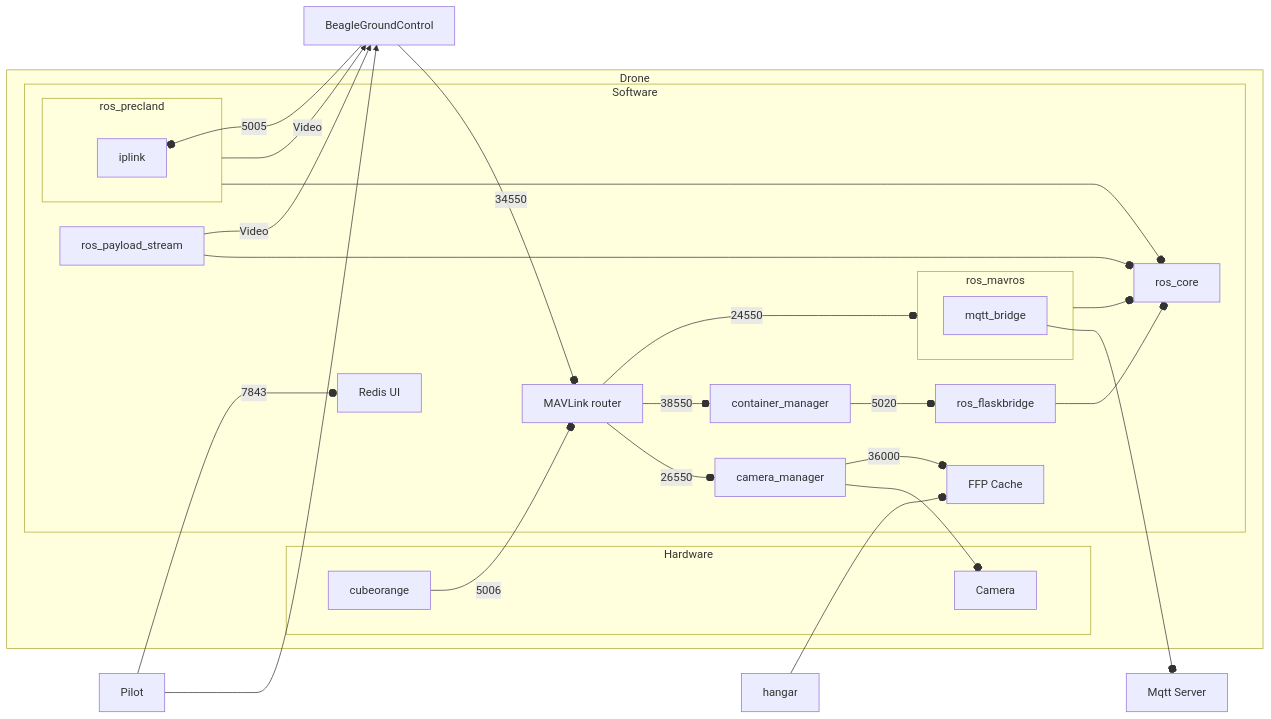
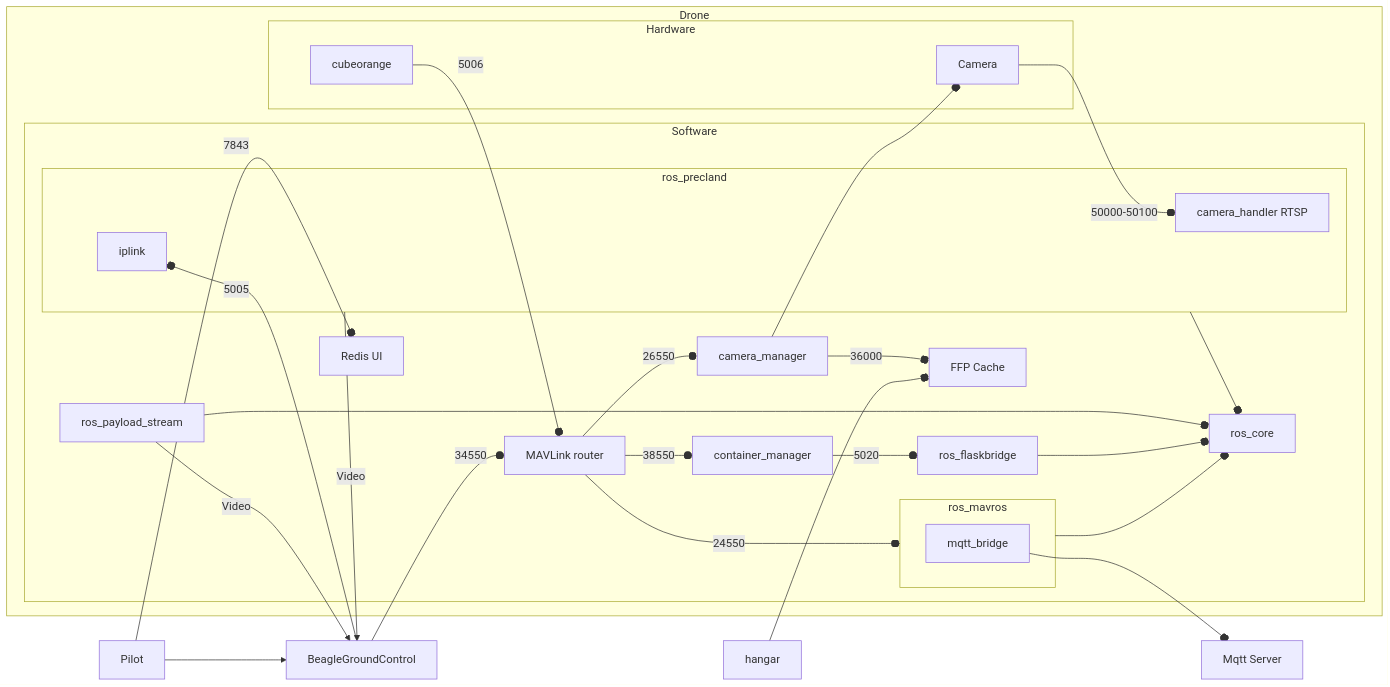
One commit to coccobas/DocuConversionNotion changed the diagram in source/drones/ports.mmd. Above: the diagram before and after it, drawn with Mermaid.

Commit message:
added rtsp port range

```diff
--- a/source/drones/ports.mmd
+++ b/source/drones/ports.mmd
@@ -1,41 +1,43 @@
 graph LR
     hangar
     mqtt[Mqtt Server]
     subgraph Drone
         subgraph Hardware
             camera[Camera]
             cube[cubeorange]
         end
         subgraph Software
             ffp[FFP Cache]
             redis_ui[Redis UI]
             router[MAVLink router]
             router -- 26550 --o camera_manager
             cube -- 5006 --o router
             router -- 24550 --o ros_mavros
             router -- 38550 --o container_manager
             container_manager -- 5020 --o ros_flaskbridge
             subgraph ros_precland
                 iplink[iplink]
+                camera_handler[camera_handler RTSP]
             end
             ros_precland --o ros_core
             ros_payload_stream --o ros_core
             ros_flaskbridge --o ros_core
             subgraph ros_mavros
                 mqtt_bridge
             end
             ros_mavros --o ros_core
             camera_manager --o camera
             camera_manager -- 36000 --o ffp
         end
     end
     bgc[BeagleGroundControl]
     bgc -- 34550 --o router
     bgc -- 5005 --o iplink
     Pilot --> bgc
     Pilot -- 7843 --o redis_ui
     ros_precland -- Video --> bgc
     ros_payload_stream -- Video --> bgc
     mqtt_bridge --o mqtt
+    camera -- 50000-50100 --o camera_handler
 
     hangar --o ffp
```
